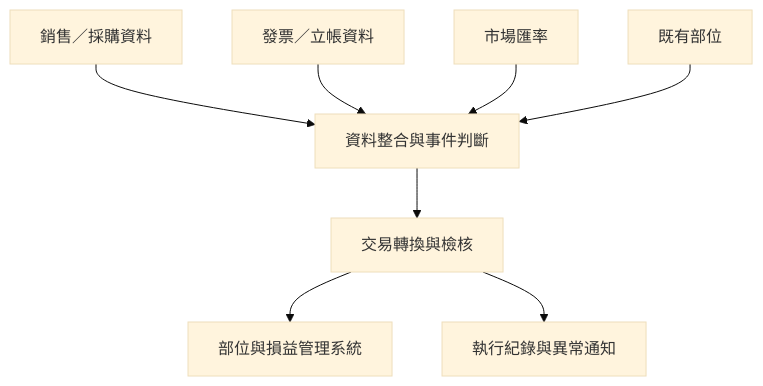
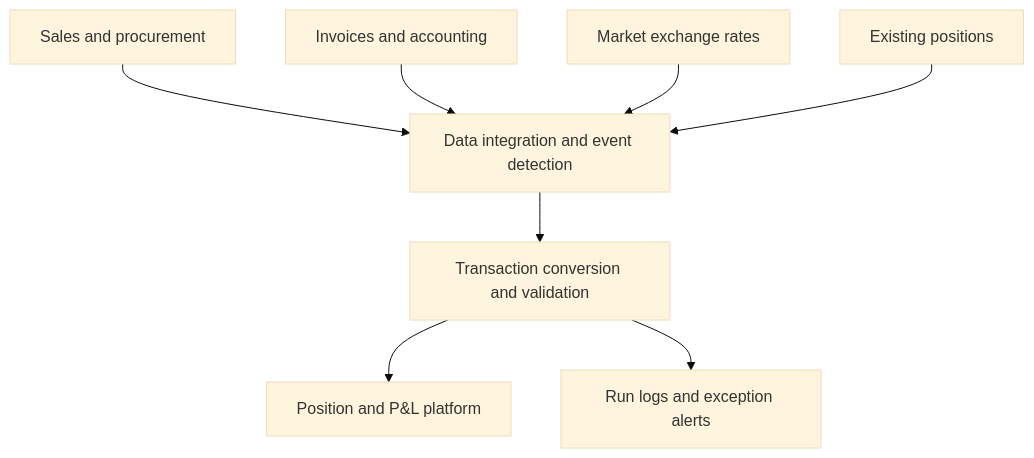
Before and after one commit to ChienChienChien/FX_Hedging_Automation: the diagram in README.md, drawn with Mermaid (base theme). The commit also changed other lines of this file, not shown here.

````diff
--- a/README.md
+++ b/README.md
@@ -49,10 +49,10 @@
 ```mermaid
 flowchart TB
-    A["銷售／採購資料"] --> E["資料整合與事件判斷"]
-    B["發票／立帳資料"] --> E
-    C["市場匯率"] --> E
-    D["既有部位"] --> E
-    E --> F["交易轉換與檢核"]
-    F --> G["部位與損益管理系統"]
-    F --> H["執行紀錄與異常通知"]
+    A["Sales and procurement"] --> E["Data integration and event detection"]
+    B["Invoices and accounting"] --> E
+    C["Market exchange rates"] --> E
+    D["Existing positions"] --> E
+    E --> F["Transaction conversion and validation"]
+    F --> G["Position and P&L platform"]
+    F --> H["Run logs and exception alerts"]
 ```
````
